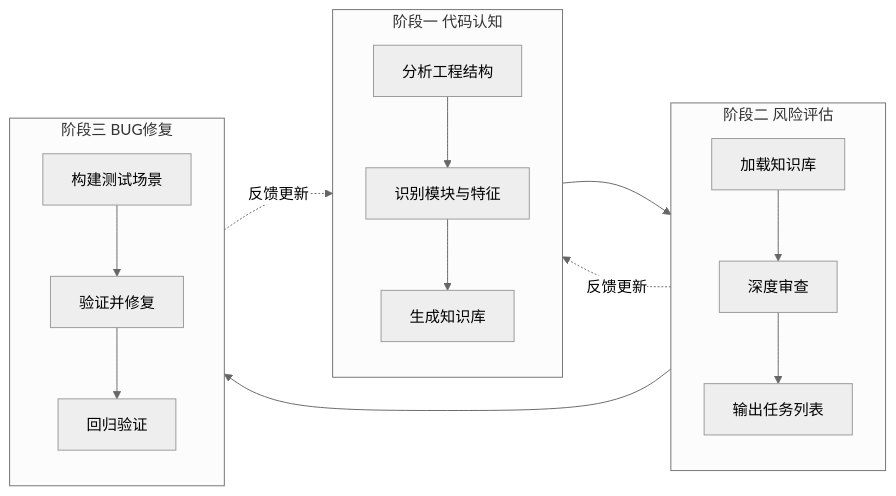
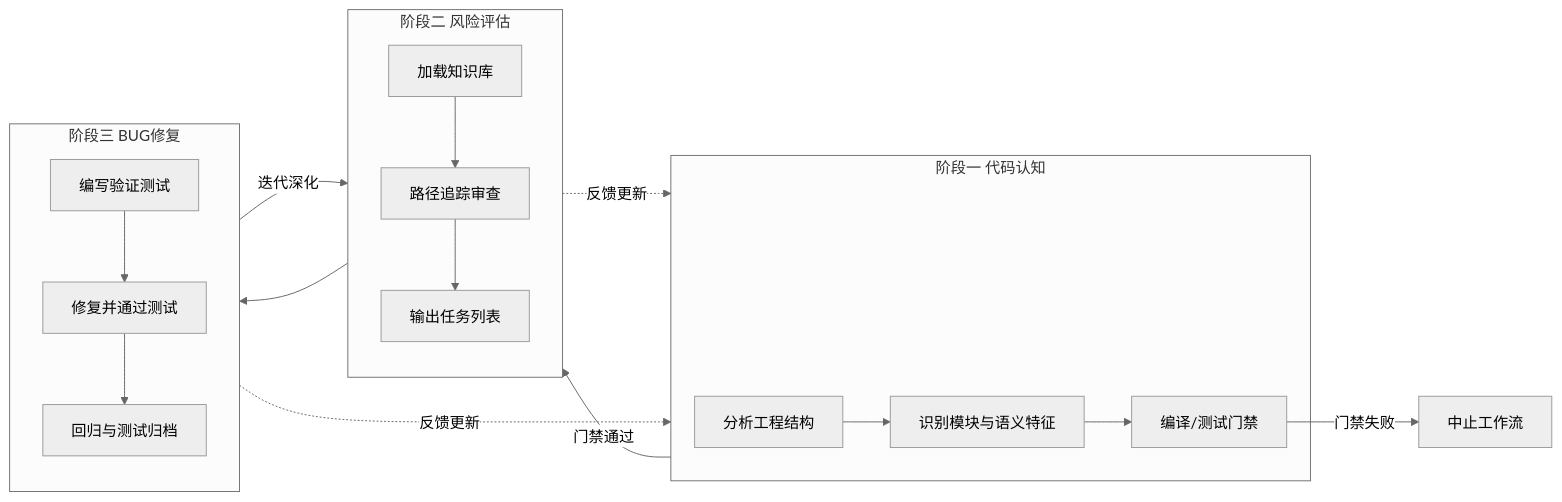
Before and after one commit to khvysofq/refactor-skills-for-tests: the diagram in agentic-code-assurance/Workflow.md, drawn with Mermaid (neutral theme). The commit also changed other lines of this file and 22 other files, not shown here.

````diff
--- a/agentic-code-assurance/Workflow.md
+++ b/agentic-code-assurance/Workflow.md
@@ -27,24 +27,26 @@
 ```mermaid
 flowchart LR
     subgraph stage1 [阶段一 代码认知]
         A1[分析工程结构]
-        A2[识别模块与特征]
-        A3[生成知识库]
+        A2[识别模块与语义特征]
+        A3[编译/测试门禁]
         A1 --> A2 --> A3
     end
     subgraph stage2 [阶段二 风险评估]
         B1[加载知识库]
-        B2[深度审查]
+        B2[路径追踪审查]
         B3[输出任务列表]
         B1 --> B2 --> B3
     end
     subgraph stage3 [阶段三 BUG修复]
-        C1[构建测试场景]
-        C2[验证并修复]
-        C3[回归验证]
+        C1[编写验证测试]
+        C2[修复并通过测试]
+        C3[回归与测试归档]
         C1 --> C2 --> C3
     end
-    stage1 --> stage2 --> stage3
+    stage1 -->|门禁通过| stage2 --> stage3
+    stage3 -->|迭代深化| stage2
     stage2 -.->|反馈更新| stage1
     stage3 -.->|反馈更新| stage1
+    A3 -->|门禁失败| ABORT[中止工作流]
 ```
````
